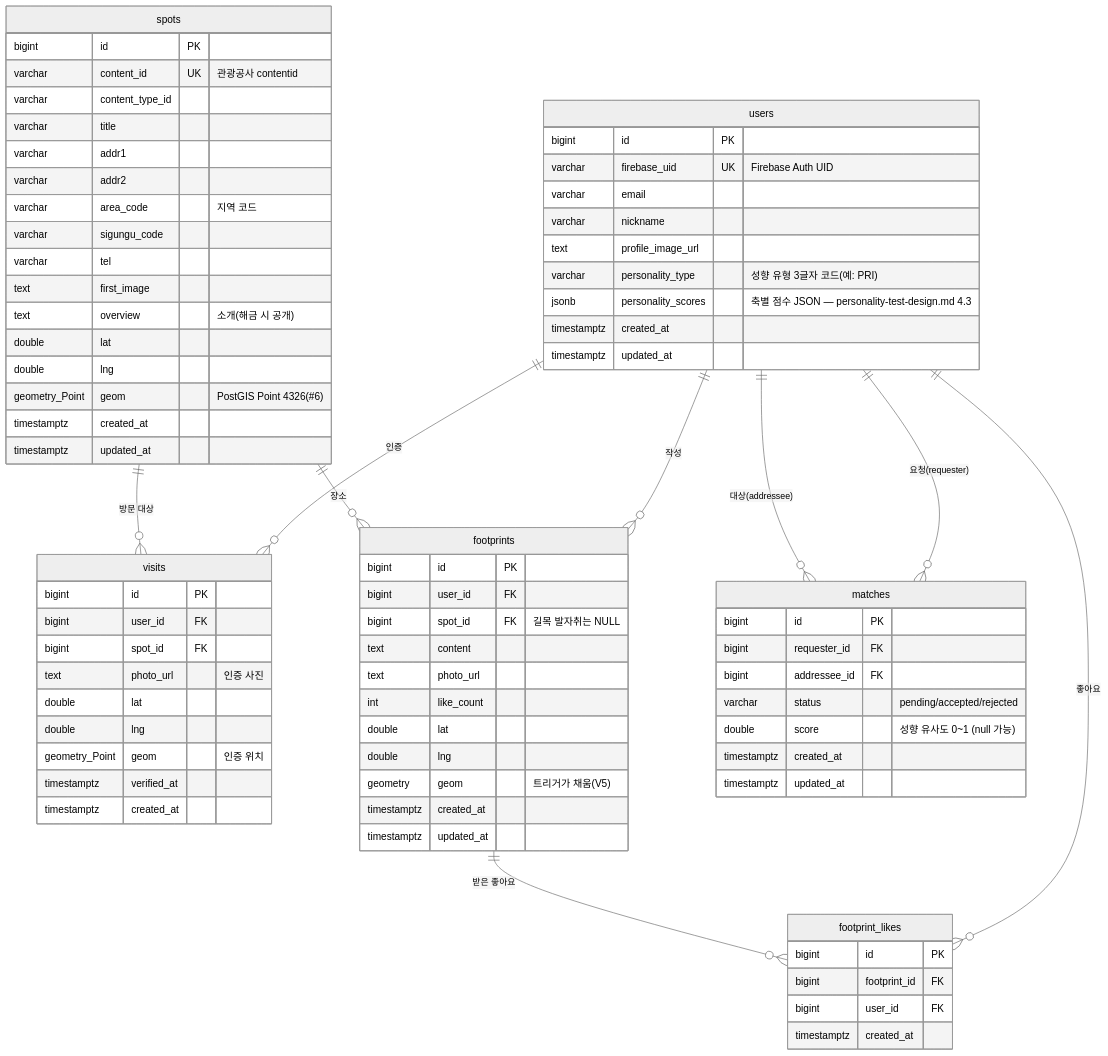
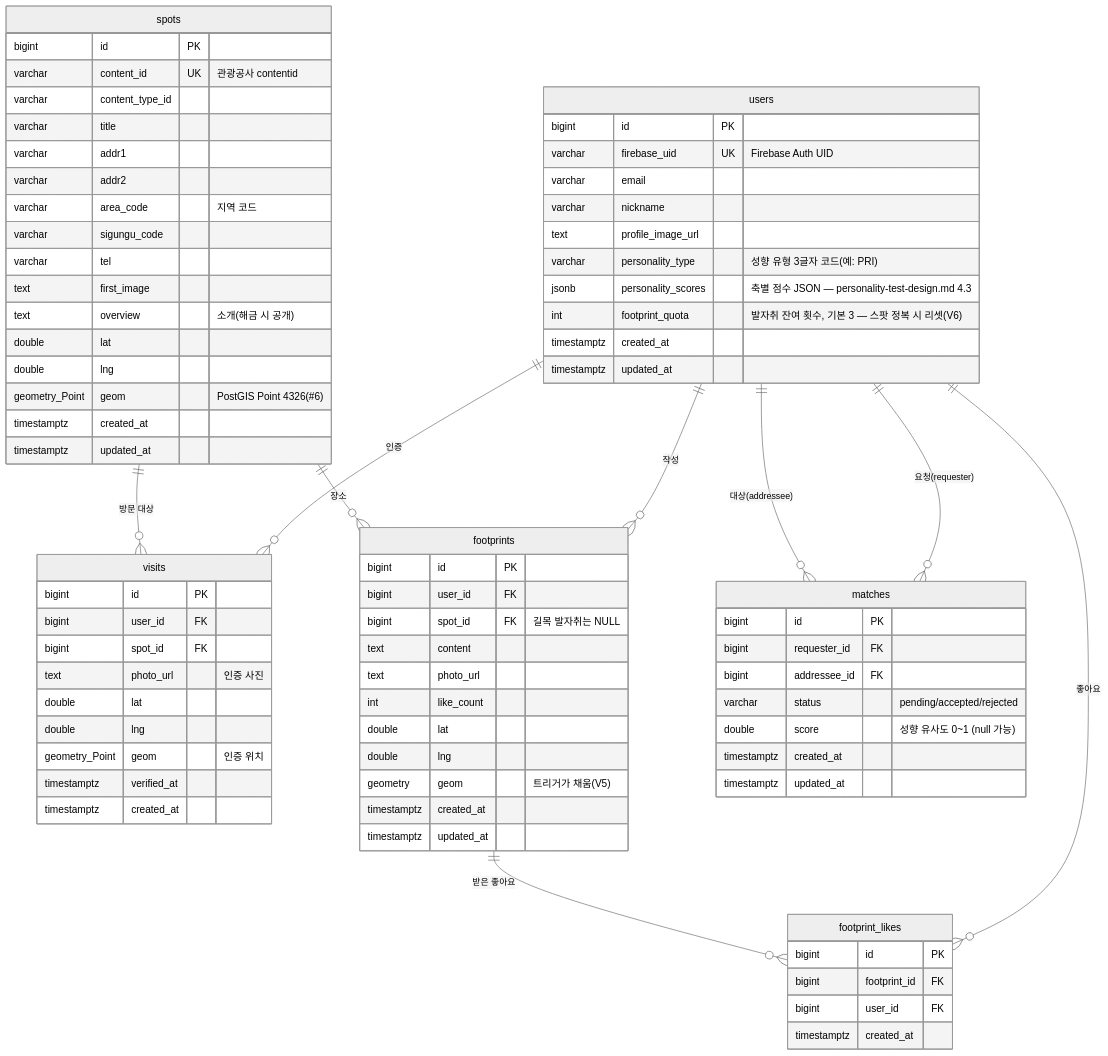
Before and after one commit to FogMap2026/FogApp: the diagram in docs/ERD.md, drawn with Mermaid (neutral theme). The commit also changed other lines of this file and 2 other files, not shown here.

```diff
--- a/docs/ERD.md
+++ b/docs/ERD.md
@@ -40,6 +47,7 @@
         text        profile_image_url
         varchar     personality_type  "성향 유형 3글자 코드(예: PRI)"
         jsonb       personality_scores "축별 점수 JSON — personality-test-design.md 4.3"
+        int         footprint_quota   "발자취 잔여 횟수, 기본 3 — 스팟 정복 시 리셋(V6)"
         timestamptz created_at
         timestamptz updated_at
     }
```
